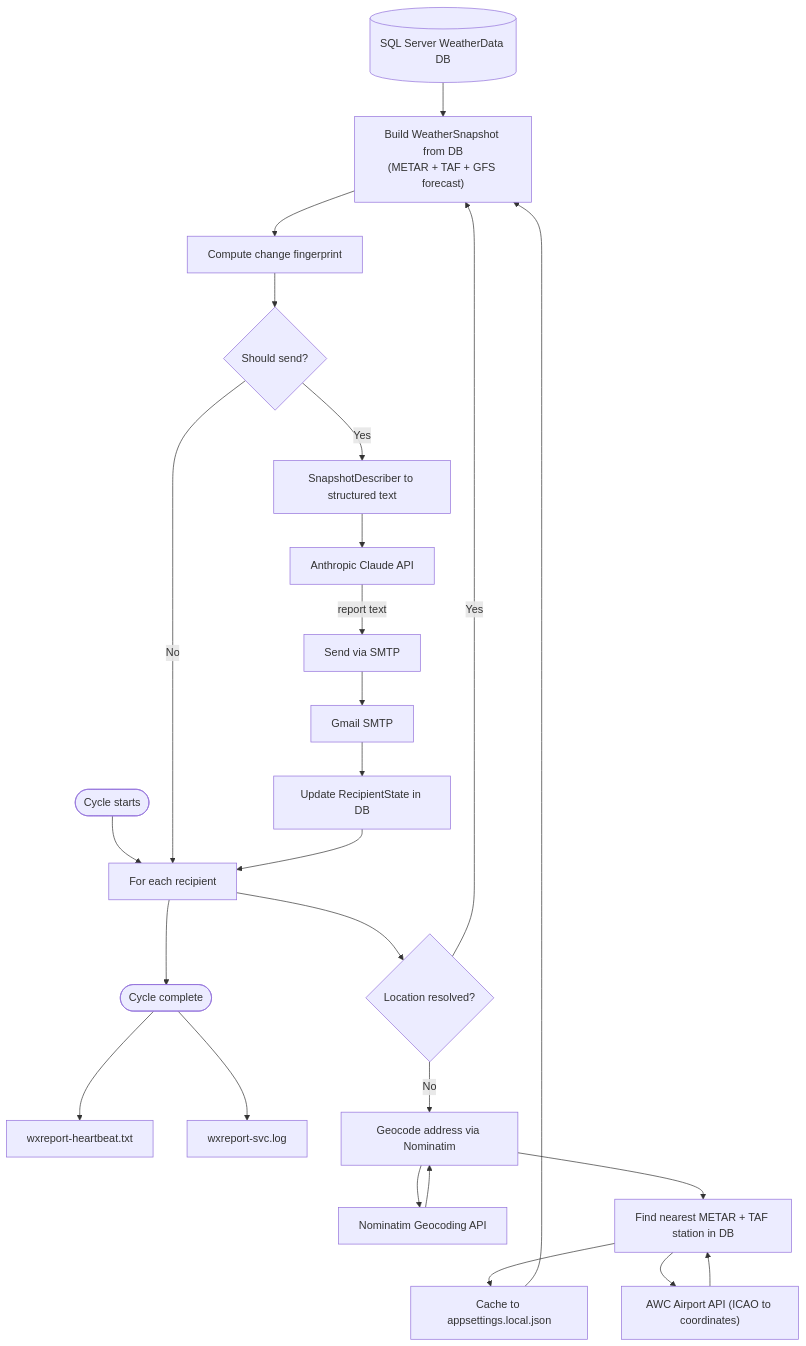
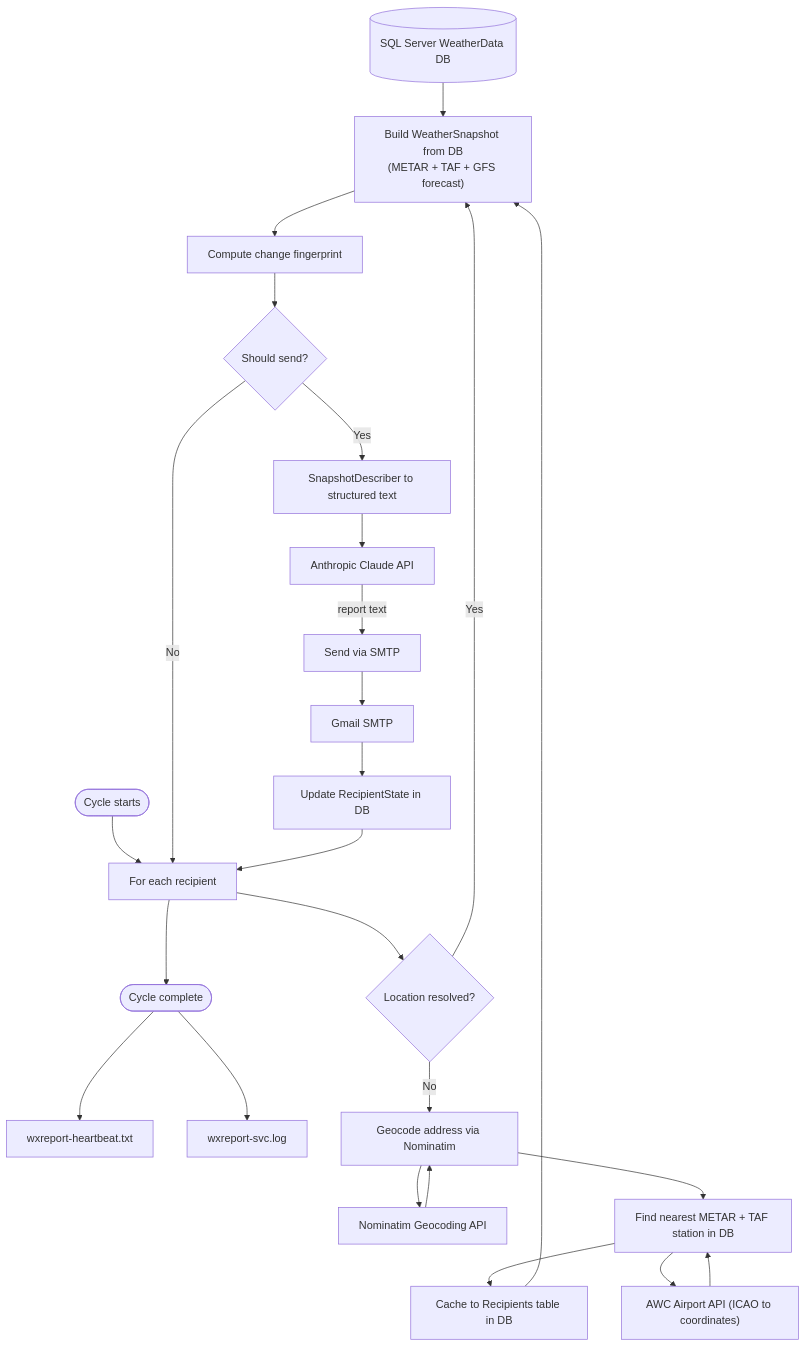
One commit to PaulHarder2/HarderWare changed the fourth of 8 diagrams in WxServices/DESIGN.md. Above: the diagram before and after it, drawn with Mermaid. The commit also changed other lines of this file and 11 other files, not shown here.

````diff
--- a/WxServices/DESIGN.md
+++ b/WxServices/DESIGN.md
@@ -181,40 +181,40 @@
 ```mermaid
 flowchart TD
     DB[("SQL Server WeatherData DB")]
     NOM["Nominatim Geocoding API"]
     AWC2["AWC Airport API (ICAO to coordinates)"]
     CLAUDE["Anthropic Claude API"]
     SMTP["Gmail SMTP"]
     RHB["wxreport-heartbeat.txt"]
     RLOG["wxreport-svc.log"]
 
     START([Cycle starts]) --> EACH["For each recipient"]
 
     EACH --> RESOLVED{Location resolved?}
     RESOLVED -->|No| GEO["Geocode address via Nominatim"]
     GEO --> NEAREST["Find nearest METAR + TAF station in DB"]
-    NEAREST --> CACHE["Cache to appsettings.local.json"]
+    NEAREST --> CACHE["Cache to Recipients table in DB"]
     CACHE --> SNAP
 
     RESOLVED -->|Yes| SNAP["Build WeatherSnapshot from DB\n(METAR + TAF + GFS forecast)"]
     DB --> SNAP
 
     SNAP --> FP["Compute change fingerprint"]
     FP --> SEND{Should send?}
     SEND -->|No| EACH
     SEND -->|Yes| DESC["SnapshotDescriber to structured text"]
     DESC --> CLAUDE
     CLAUDE -->|report text| EMAIL["Send via SMTP"]
     EMAIL --> SMTP
     SMTP --> STATE["Update RecipientState in DB"]
     STATE --> EACH
 
     EACH --> DONE([Cycle complete])
     DONE --> RHB
     DONE --> RLOG
 
     GEO --> NOM
     NOM --> GEO
     NEAREST --> AWC2
     AWC2 --> NEAREST
 ```
````
